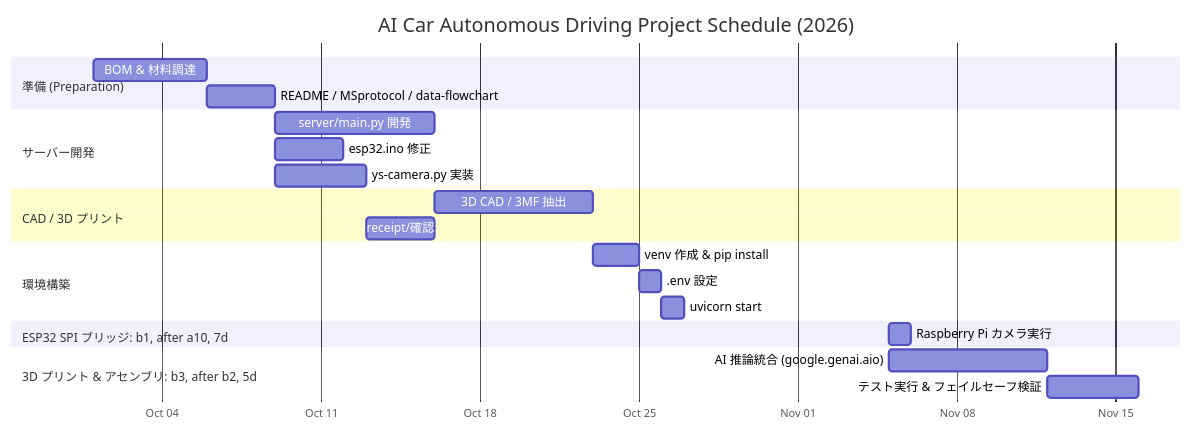
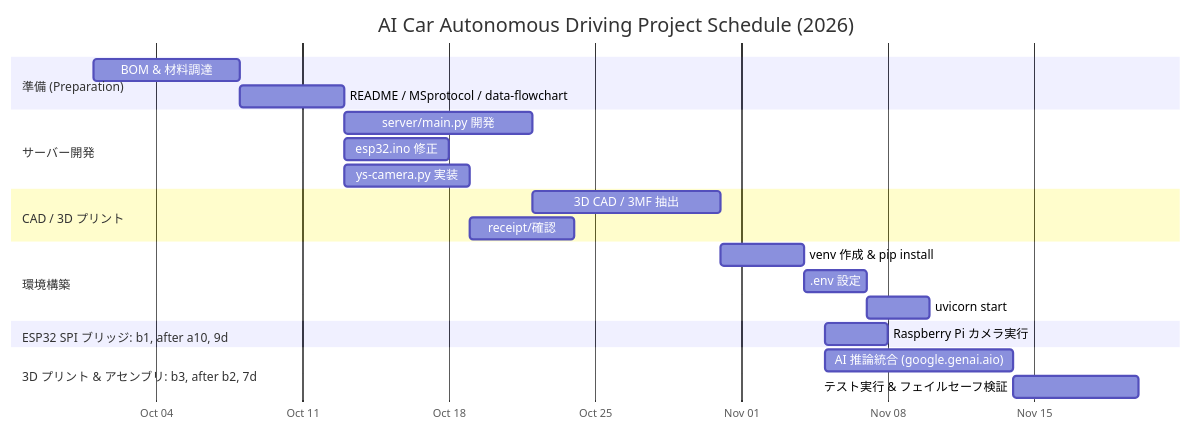
One commit to Hita-haru/ai-car changed the diagram in ai-car-summary.md. Above: the diagram before and after it, drawn with Mermaid. The commit also changed other lines of this file, not shown here.

````diff
--- a/ai-car-summary.md
+++ b/ai-car-summary.md
@@ -214,25 +231,25 @@
 ```mermaid
 gantt
     title AI Car Autonomous Driving Project Schedule (2026)
     dateFormat  YYYY-MM-DD
     axisFormat  %b %d
     section 準備 (Preparation)
-    BOM & 材料調達          : a1, 2026-10-01, 5d
-    README / MSprotocol / data-flowchart     : a2, after a1, 3d
+    BOM & 材料調達          : a1, 2026-10-01, 7d
+    README / MSprotocol / data-flowchart     : a2, after a1, 5d
     section サーバー開発
-    server/main.py 開発      : a3, after a2, 7d
-    esp32.ino 修正           : a4, after a2, 3d
-    ys-camera.py 実装        : a5, after a2, 4d
+    server/main.py 開発      : a3, after a2, 9d
+    esp32.ino 修正           : a4, after a2, 5d
+    ys-camera.py 実装        : a5, after a2, 6d
     section CAD / 3D プリント
-    3D CAD / 3MF 抽出        : a6, after a3, 7d
-    receipt/確認              : a7, after a5, 3d
+    3D CAD / 3MF 抽出        : a6, after a3, 9d
+    receipt/確認              : a7, after a5, 5d
     section 環境構築
-    venv 作成 & pip install   : a8, after a6, 2d
-    .env 設定                  : a9, after a8, 1d
-    uvicorn start              : a10, after a9, 1d
-    section ESP32 SPI ブリッジ: b1, after a10, 7d
-    Raspberry Pi カメラ実行   : b2, after b1, 1d
-    section 3D プリント & アセンブリ: b3, after b2, 5d
-    AI 推論統合 (google.genai.aio) : c1, after b3, 7d
-    テスト実行 & フェイルセーフ検証 : d1, after c1, 4d
+    venv 作成 & pip install   : a8, after a6, 4d
+    .env 設定                  : a9, after a8, 3d
+    uvicorn start              : a10, after a9, 3d
+    section ESP32 SPI ブリッジ: b1, after a10, 9d
+    Raspberry Pi カメラ実行   : b2, after b1, 3d
+    section 3D プリント & アセンブリ: b3, after b2, 7d
+    AI 推論統合 (google.genai.aio) : c1, after b3, 9d
+    テスト実行 & フェイルセーフ検証 : d1, after c1, 6d
 ```
````
